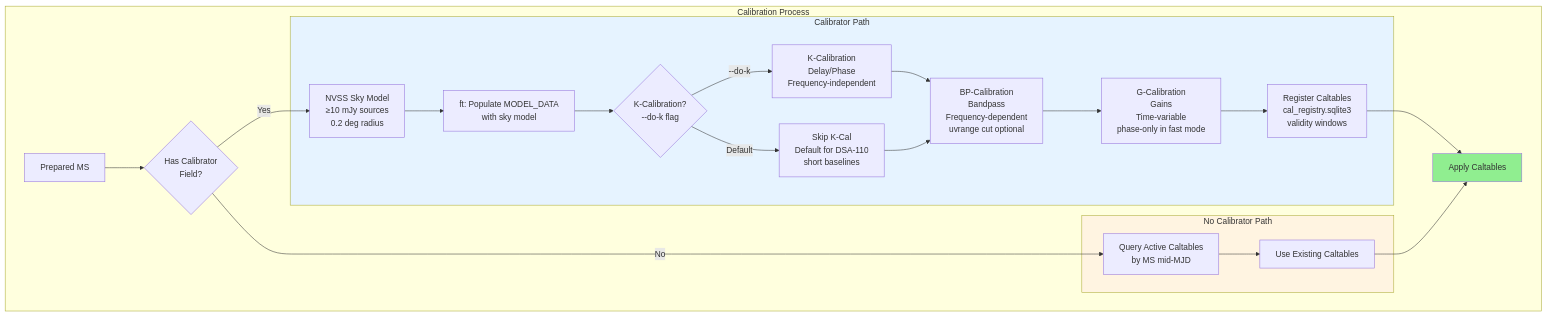
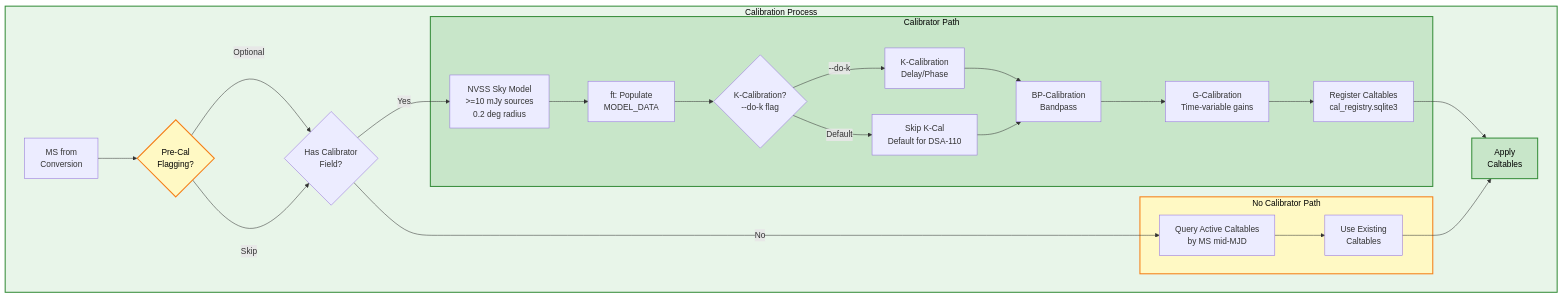
Before and after one commit to dsa110/dsa110-contimg: the fourth of 12 diagrams in docs/concepts/pipeline_workflow_visualization.md, drawn with Mermaid. The commit also changed other lines of this file and 423 other files, not shown here.

````diff
--- a/docs/concepts/pipeline_workflow_visualization.md
+++ b/docs/concepts/pipeline_workflow_visualization.md
@@ -283,44 +259,49 @@
 ```mermaid
 flowchart TB
-    subgraph CAL_DETAIL["Calibration Process"]
-        MSIn[Prepared MS]
-        Check{Has Calibrator<br/>Field?}
-        
-        subgraph CAL_PATH["Calibrator Path"]
-            SkyModel[NVSS Sky Model<br/>≥10 mJy sources<br/>0.2 deg radius]
-            FT[ft: Populate MODEL_DATA<br/>with sky model]
-            K{K-Calibration?<br/>--do-k flag}
-            KCal[K-Calibration<br/>Delay/Phase<br/>Frequency-independent]
-            SkipK[Skip K-Cal<br/>Default for DSA-110<br/>short baselines]
-            BPCal[BP-Calibration<br/>Bandpass<br/>Frequency-dependent<br/>uvrange cut optional]
-            GCal[G-Calibration<br/>Gains<br/>Time-variable<br/>phase-only in fast mode]
-            Reg[Register Caltables<br/>cal_registry.sqlite3<br/>validity windows]
-        end
-        
-        subgraph NO_CAL_PATH["No Calibrator Path"]
-            Query[Query Active Caltables<br/>by MS mid-MJD]
-            UseExisting[Use Existing Caltables]
-        end
-        
-        MSIn --> Check
-        Check -->|Yes| SkyModel
-        Check -->|No| Query
-        SkyModel --> FT
-        FT --> K
-        K -->|--do-k| KCal
-        K -->|Default| SkipK
-        KCal --> BPCal
-        SkipK --> BPCal
-        BPCal --> GCal
-        GCal --> Reg
-        Query --> UseExisting
-        Reg --> Apply
-        UseExisting --> Apply
-        
-        style CAL_PATH fill:#E6F3FF
-        style NO_CAL_PATH fill:#FFF4E1
-    end
-    
-    Apply[Apply Caltables]
-    style Apply fill:#90EE90
+ subgraph CAL_DETAIL["Calibration Process"]
+ MSIn["MS from<br/>Conversion"]
+ Flag{"Pre-Cal<br/>Flagging?"}
+ Check{"Has Calibrator<br/>Field?"}
+ 
+ subgraph CAL_PATH["Calibrator Path"]
+ SkyModel["NVSS Sky Model<br/>>=10 mJy sources<br/>0.2 deg radius"]
+ FT["ft: Populate<br/>MODEL_DATA"]
+ K{"K-Calibration?<br/>--do-k flag"}
+ KCal["K-Calibration<br/>Delay/Phase"]
+ SkipK["Skip K-Cal<br/>Default for DSA-110"]
+ BPCal["BP-Calibration<br/>Bandpass"]
+ GCal["G-Calibration<br/>Time-variable gains"]
+ Reg["Register Caltables<br/>cal_registry.sqlite3"]
+ end
+ 
+ subgraph NO_CAL_PATH["No Calibrator Path"]
+ Query["Query Active Caltables<br/>by MS mid-MJD"]
+ UseExisting["Use Existing<br/>Caltables"]
+ end
+ 
+ MSIn --> Flag
+ Flag -->|Optional| Check
+ Flag -->|Skip| Check
+ Check -->|Yes| SkyModel
+ Check -->|No| Query
+ SkyModel --> FT
+ FT --> K
+ K -->|--do-k| KCal
+ K -->|Default| SkipK
+ KCal --> BPCal
+ SkipK --> BPCal
+ BPCal --> GCal
+ GCal --> Reg
+ Query --> UseExisting
+ Reg --> Apply
+ UseExisting --> Apply
+ 
+ style CAL_DETAIL fill:#E8F5E9,stroke:#388E3C,stroke-width:2px,color:#000
+ style CAL_PATH fill:#C8E6C9,stroke:#388E3C,stroke-width:2px,color:#000
+ style NO_CAL_PATH fill:#FFF9C4,stroke:#F57F17,stroke-width:2px,color:#000
+ style Flag fill:#FFF9C4,stroke:#F57F17,stroke-width:2px,color:#000
+ end
+ 
+ Apply["Apply<br/>Caltables"]
+ style Apply fill:#C8E6C9,stroke:#388E3C,stroke-width:2px,color:#000
 ```
````
